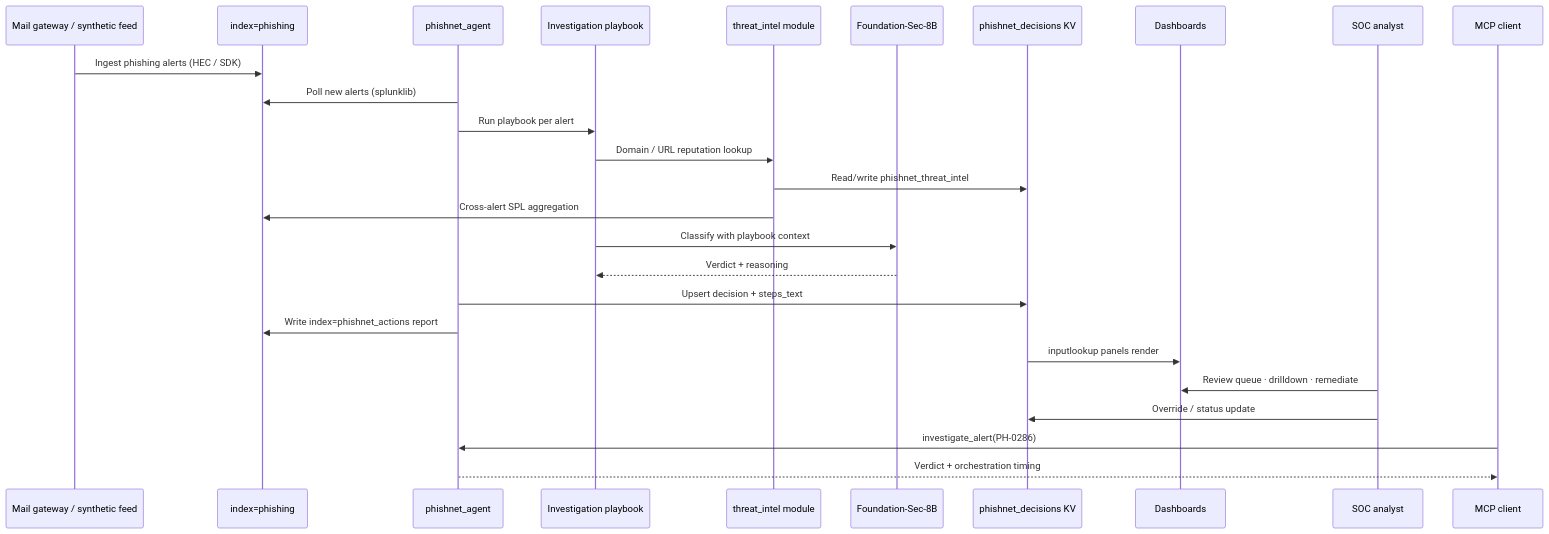
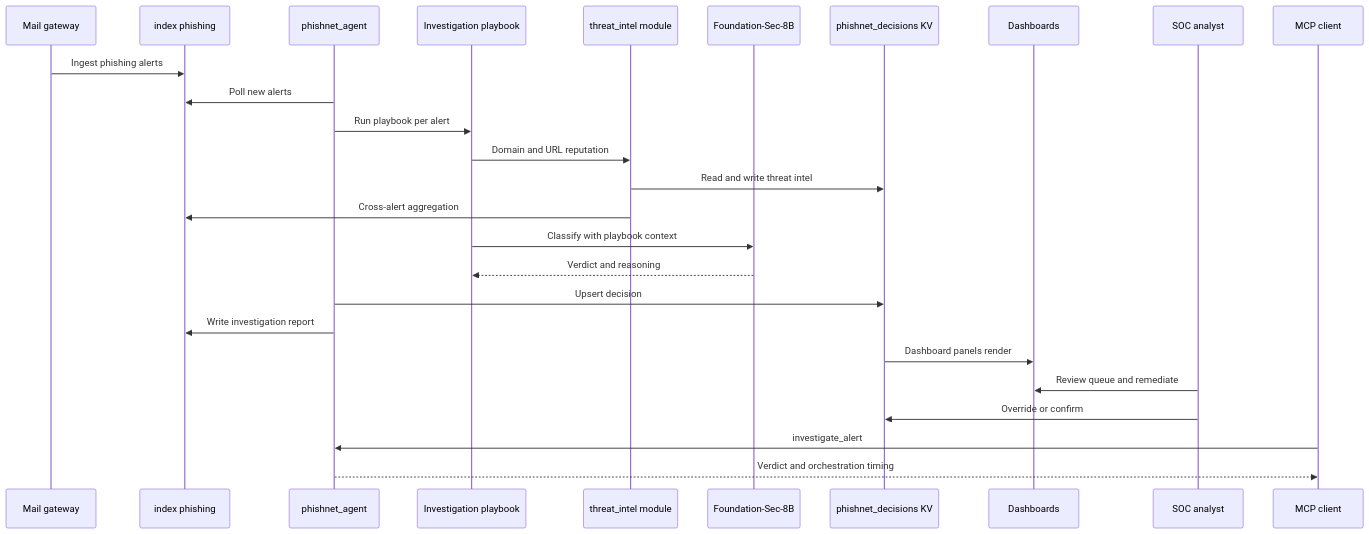
The second of 2 diagrams in architecture_diagram.md (VineetLoyer/phishnet), drawn with Mermaid before and after one commit. The commit also changed other lines of this file and 1 other file, not shown here.

Commit message:
bug fix:architecture diagram

````diff
--- a/architecture_diagram.md
+++ b/architecture_diagram.md
@@ -168,29 +152,29 @@
 ```mermaid
 sequenceDiagram
-    participant Mail as Mail gateway / synthetic feed
-    participant Idx as index=phishing
+    participant Mail as Mail gateway
+    participant Idx as index phishing
     participant Agent as phishnet_agent
     participant Play as Investigation playbook
     participant Intel as threat_intel module
     participant Model as Foundation-Sec-8B
     participant KV as phishnet_decisions KV
     participant UI as Dashboards
     participant Analyst as SOC analyst
     participant MCP as MCP client
 
-    Mail->>Idx: Ingest phishing alerts (HEC / SDK)
-    Agent->>Idx: Poll new alerts (splunklib)
+    Mail->>Idx: Ingest phishing alerts
+    Agent->>Idx: Poll new alerts
     Agent->>Play: Run playbook per alert
-    Play->>Intel: Domain / URL reputation lookup
-    Intel->>KV: Read/write phishnet_threat_intel
-    Intel->>Idx: Cross-alert SPL aggregation
+    Play->>Intel: Domain and URL reputation
+    Intel->>KV: Read and write threat intel
+    Intel->>Idx: Cross-alert aggregation
     Play->>Model: Classify with playbook context
-    Model-->>Play: Verdict + reasoning
-    Agent->>KV: Upsert decision + steps_text
-    Agent->>Idx: Write index=phishnet_actions report
-    KV->>UI: inputlookup panels render
-    Analyst->>UI: Review queue · drilldown · remediate
-    Analyst->>KV: Override / status update
-    MCP->>Agent: investigate_alert(PH-0286)
-    Agent-->>MCP: Verdict + orchestration timing
+    Model-->>Play: Verdict and reasoning
+    Agent->>KV: Upsert decision
+    Agent->>Idx: Write investigation report
+    KV->>UI: Dashboard panels render
+    Analyst->>UI: Review queue and remediate
+    Analyst->>KV: Override or confirm
+    MCP->>Agent: investigate_alert
+    Agent-->>MCP: Verdict and orchestration timing
 ```
````
